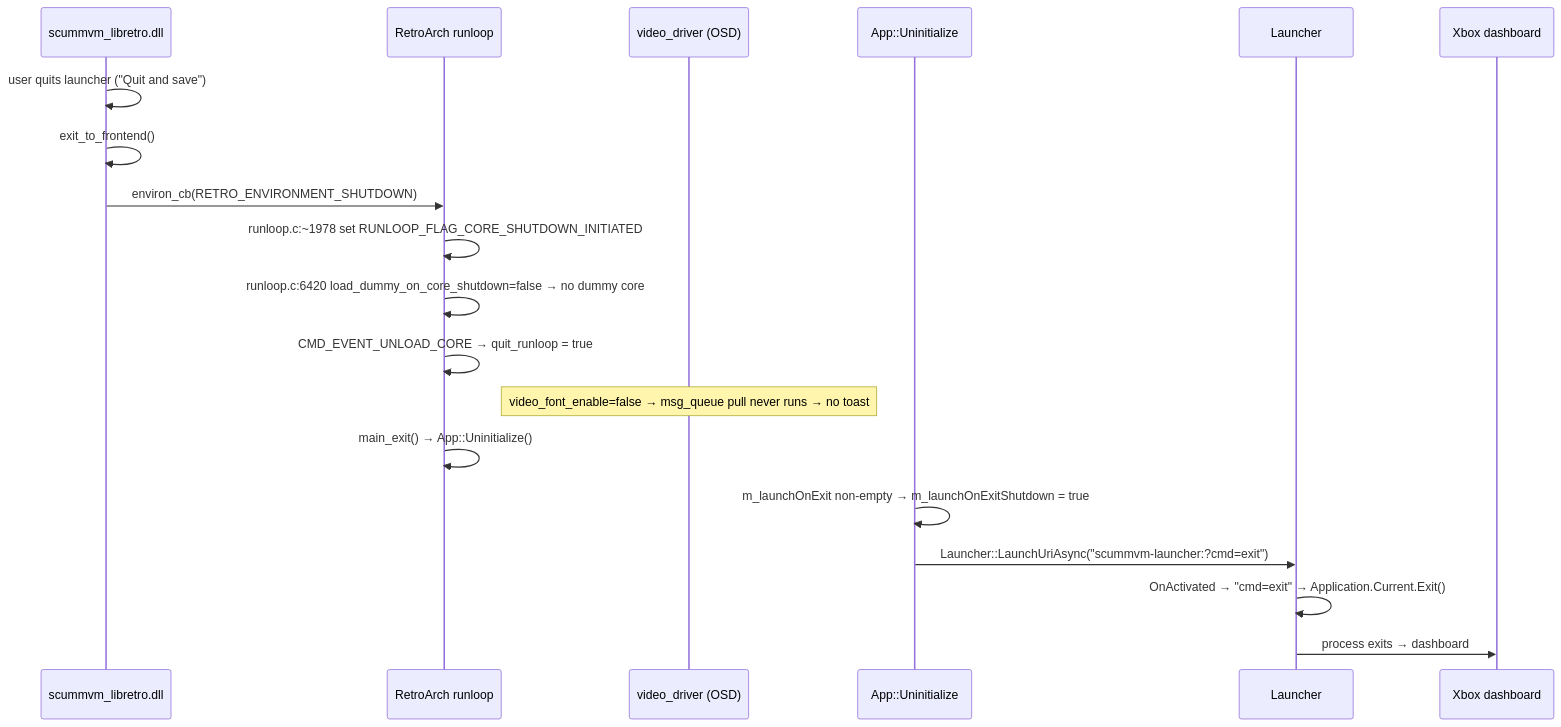
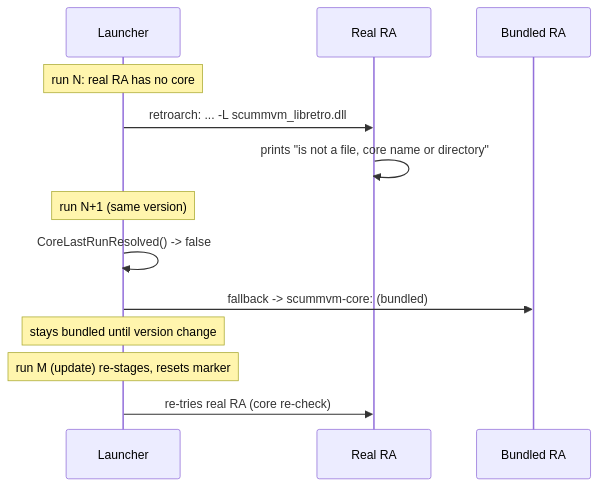
Before and after one commit to marcelofrau/scummvm-uwp: the fifth of 5 diagrams in docs/ARCHITECTURE.md, drawn with Mermaid. The commit also changed other lines of this file and 19 other files, not shown here.

Commit message:
feat: system_directory rewrite, core-missing fallback via log marker, E: staging refinements

````diff
--- a/docs/ARCHITECTURE.md
+++ b/docs/ARCHITECTURE.md
@@ -185,22 +243,16 @@
 ```mermaid
 sequenceDiagram
-    participant C as scummvm_libretro.dll
-    participant R as RetroArch runloop
-    participant V as video_driver (OSD)
-    participant U as App::Uninitialize
     participant L as Launcher
-    participant D as Xbox dashboard
+    participant LR as Real RA
+    participant B as Bundled RA
 
-    C->>C: user quits launcher ("Quit and save")
-    C->>C: exit_to_frontend()
-    C->>R: environ_cb(RETRO_ENVIRONMENT_SHUTDOWN)
-    R->>R: runloop.c:~1978 set RUNLOOP_FLAG_CORE_SHUTDOWN_INITIATED
-    R->>R: runloop.c:6420 load_dummy_on_core_shutdown=false → no dummy core
-    R->>R: CMD_EVENT_UNLOAD_CORE → quit_runloop = true
-    Note over V: video_font_enable=false → msg_queue pull never runs → no toast
-    R->>R: main_exit() → App::Uninitialize()
-    U->>U: m_launchOnExit non-empty → m_launchOnExitShutdown = true
-    U->>L: Launcher::LaunchUriAsync("scummvm-launcher:?cmd=exit")
-    L->>L: OnActivated → "cmd=exit" → Application.Current.Exit()
-    L->>D: process exits → dashboard
+    Note over L: run N: real RA has no core
+    L->>LR: retroarch: ... -L scummvm_libretro.dll
+    LR->>LR: prints "is not a file, core name or directory"
+    Note over L: run N+1 (same version)
+    L->>L: CoreLastRunResolved() -> false
+    L->>B: fallback -> scummvm-core: (bundled)
+    Note over L: stays bundled until version change
+    Note over L: run M (update) re-stages, resets marker
+    L->>LR: re-tries real RA (core re-check)
 ```
````
